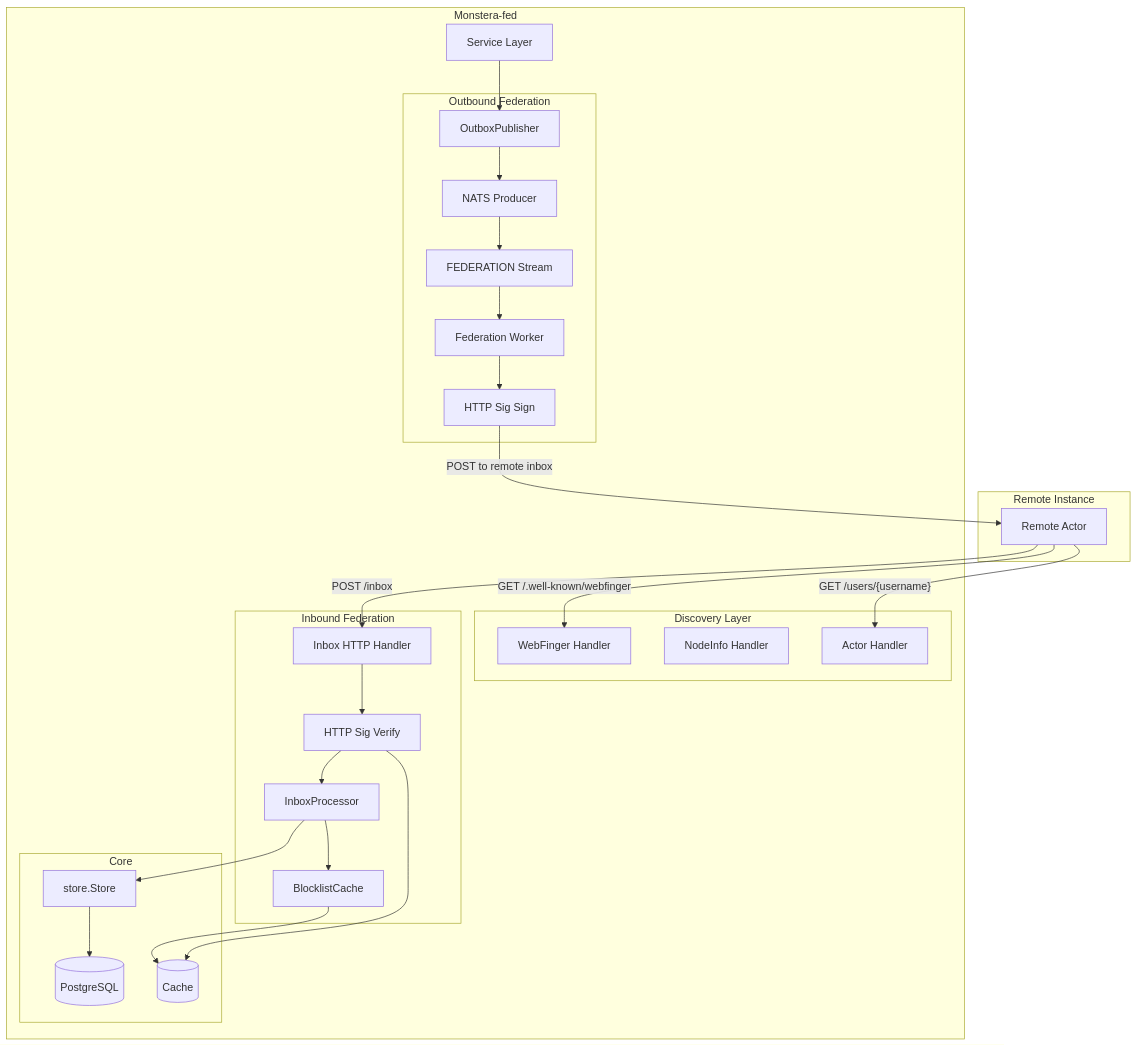
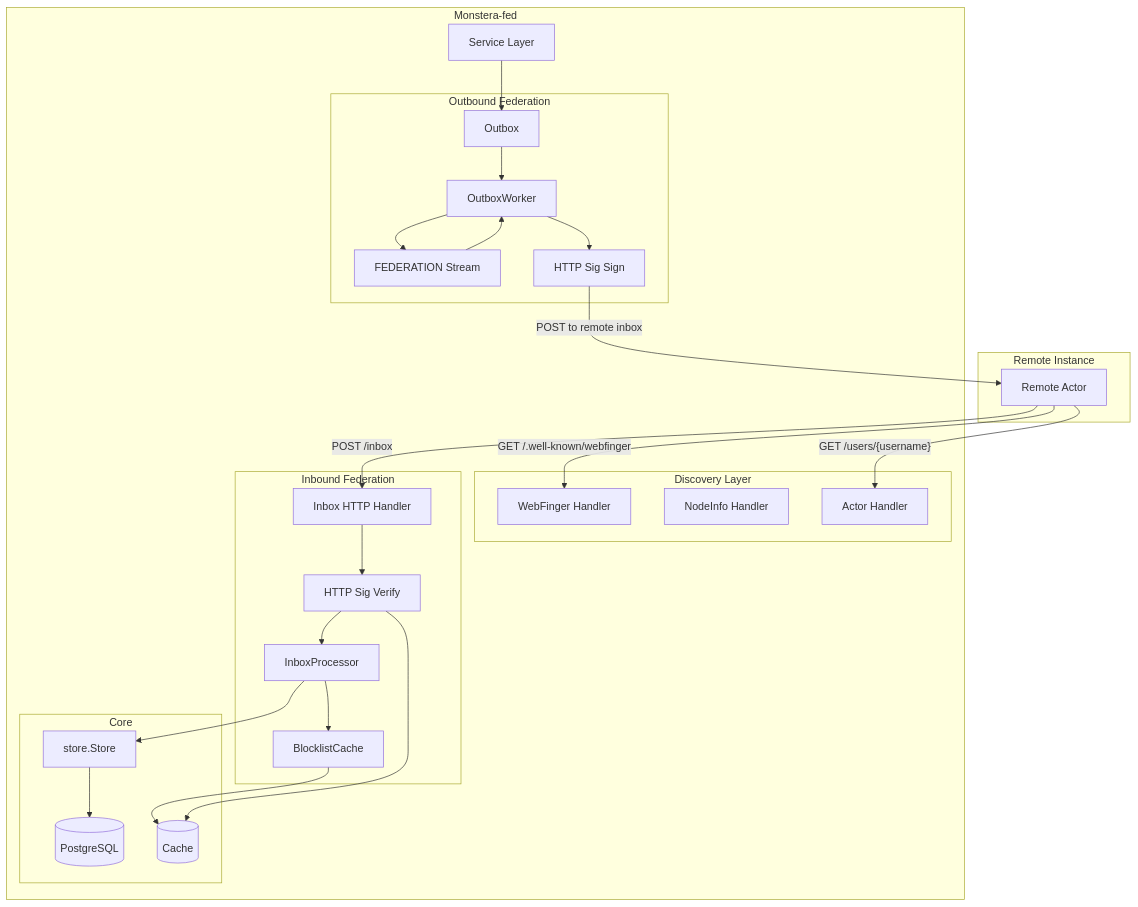
One commit to chairswithlegs/monstera changed the diagram in docs/architecture/07-activitypub-and-federation.md. Above: the diagram before and after it, drawn with Mermaid. The commit also changed other lines of this file and 61 other files, not shown here.

````diff
--- a/docs/architecture/07-activitypub-and-federation.md
+++ b/docs/architecture/07-activitypub-and-federation.md
@@ -30,53 +30,54 @@
 ```mermaid
 flowchart TD
     subgraph remote [Remote Instance]
         RemoteActor["Remote Actor"]
     end
 
     subgraph monstera [Monstera-fed]
         subgraph discovery [Discovery Layer]
             WF["WebFinger Handler"]
             NI["NodeInfo Handler"]
             ActorH["Actor Handler"]
         end
 
         subgraph inbound [Inbound Federation]
             InboxH["Inbox HTTP Handler"]
             SigVerify["HTTP Sig Verify"]
             IP["InboxProcessor"]
             BL["BlocklistCache"]
         end
 
         subgraph outbound [Outbound Federation]
-            OP["OutboxPublisher"]
-            NATSProd["NATS Producer"]
+            Outbox["Outbox"]
+            OW["OutboxWorker"]
             FedStream["FEDERATION Stream"]
-            Worker["Federation Worker"]
             SigSign["HTTP Sig Sign"]
         end
 
         subgraph core [Core]
             StoreIface["store.Store"]
             DB[(PostgreSQL)]
             Cache[(Cache)]
         end
 
         ServiceLayer["Service Layer"]
     end
 
     RemoteActor -->|"GET /.well-known/webfinger"| WF
     RemoteActor -->|"GET /users/{username}"| ActorH
     RemoteActor -->|"POST /inbox"| InboxH
 
     InboxH --> SigVerify --> IP
     IP --> BL
     IP --> StoreIface
 
-    ServiceLayer --> OP
-    OP --> NATSProd --> FedStream --> Worker
-    Worker --> SigSign -->|"POST to remote inbox"| RemoteActor
+    ServiceLayer --> Outbox
+    Outbox --> OW
+    OW --> FedStream
+    FedStream --> OW
+    OW --> SigSign -->|"POST to remote inbox"| RemoteActor
 
     StoreIface --> DB
     BL --> Cache
     SigVerify --> Cache
 ```
````
